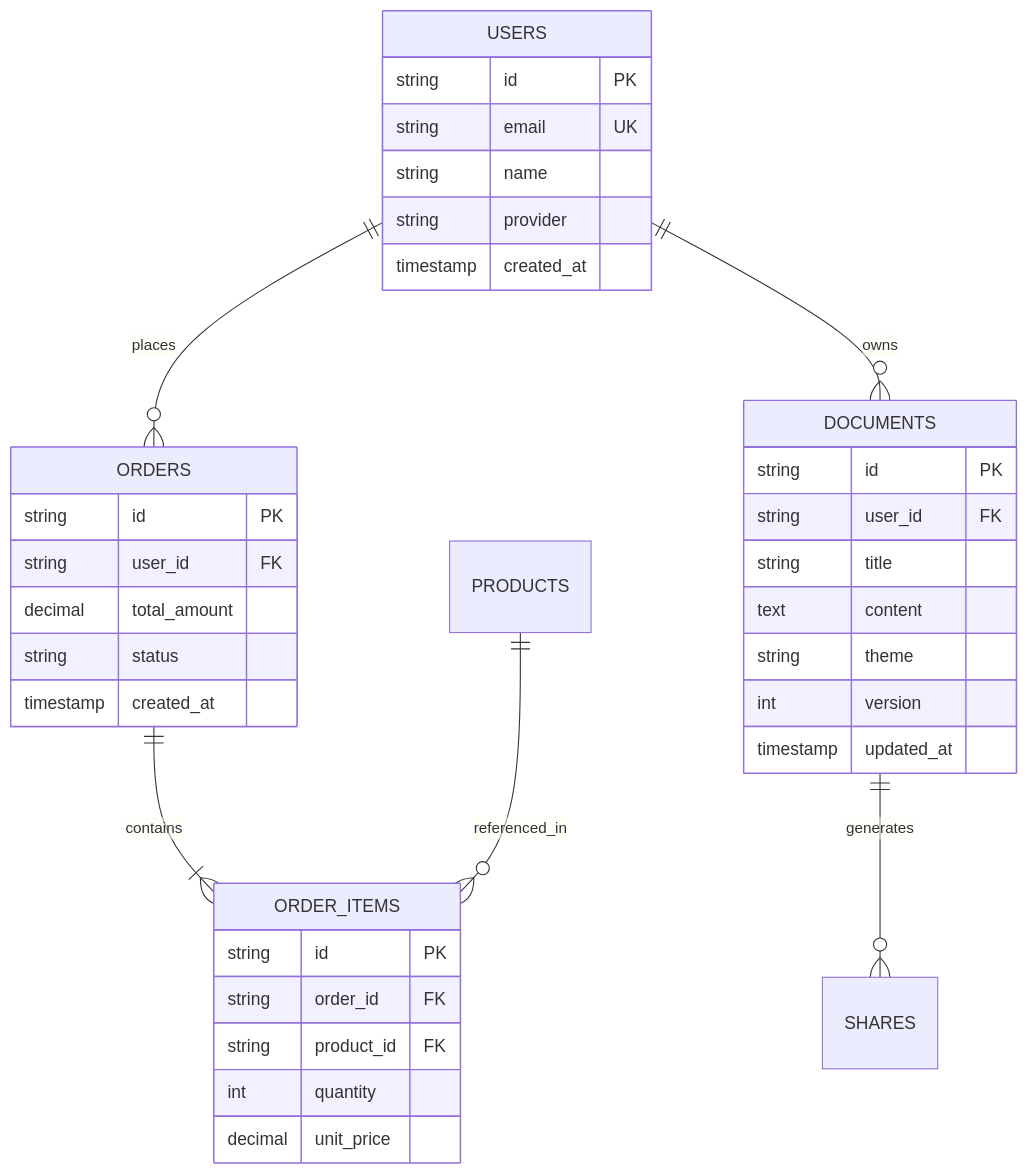
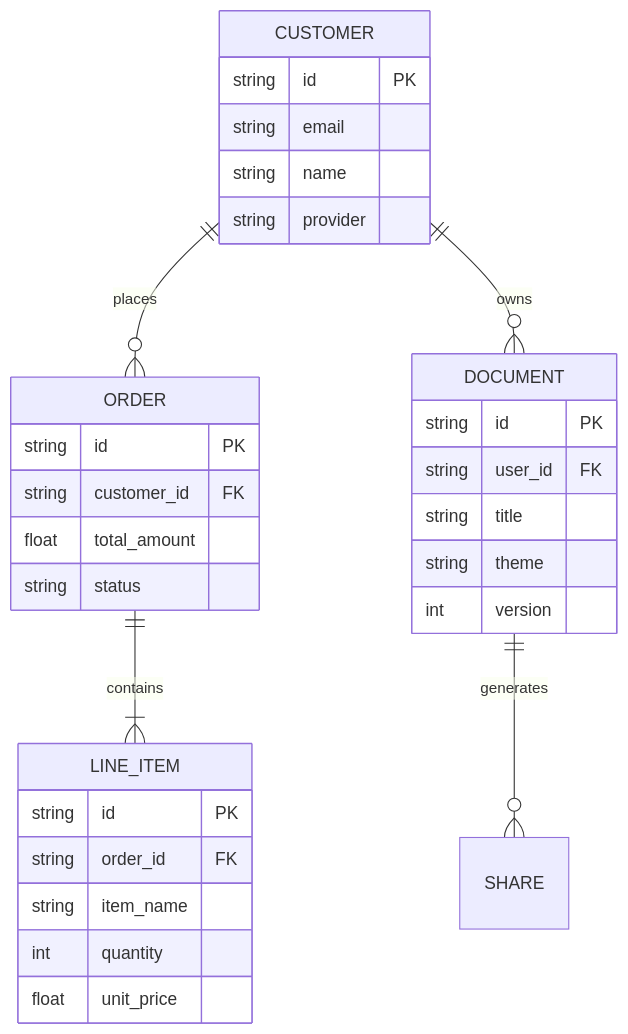
The third of 4 diagrams in public/sample-document.md (taherankhan/md2pdf), drawn with Mermaid before and after one commit. The commit also changed other lines of this file and 1 other file, not shown here.

Commit message:
fix: update sample markdown with clean valid mermaid syntax

````diff
--- a/public/sample-document.md
+++ b/public/sample-document.md
@@ -288,42 +287,37 @@
 ```mermaid
 erDiagram
-    USERS ||--o{ ORDERS : places
-    USERS ||--o{ DOCUMENTS : owns
-    ORDERS ||--|{ ORDER_ITEMS : contains
-    DOCUMENTS ||--o{ SHARES : generates
-    PRODUCTS ||--o{ ORDER_ITEMS : referenced_in
+    CUSTOMER ||--o{ ORDER : places
+    CUSTOMER ||--o{ DOCUMENT : owns
+    ORDER ||--|{ LINE_ITEM : contains
+    DOCUMENT ||--o{ SHARE : generates
 
-    USERS {
+    CUSTOMER {
         string id PK
-        string email UK
+        string email
         string name
         string provider
-        timestamp created_at
     }
 
-    DOCUMENTS {
+    DOCUMENT {
         string id PK
         string user_id FK
         string title
-        text content
         string theme
         int version
-        timestamp updated_at
     }
 
-    ORDERS {
+    ORDER {
         string id PK
-        string user_id FK
-        decimal total_amount
+        string customer_id FK
+        float total_amount
         string status
-        timestamp created_at
     }
 
-    ORDER_ITEMS {
+    LINE_ITEM {
         string id PK
         string order_id FK
-        string product_id FK
+        string item_name
         int quantity
-        decimal unit_price
+        float unit_price
     }
 ```
````
